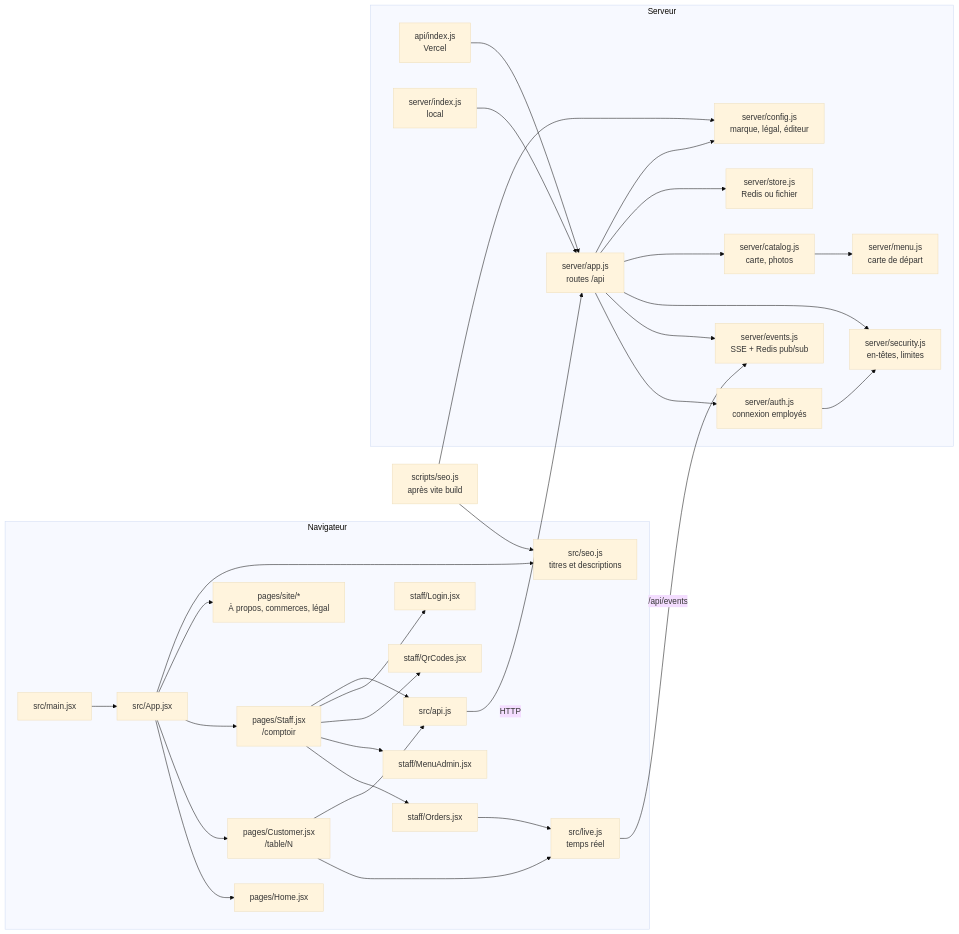
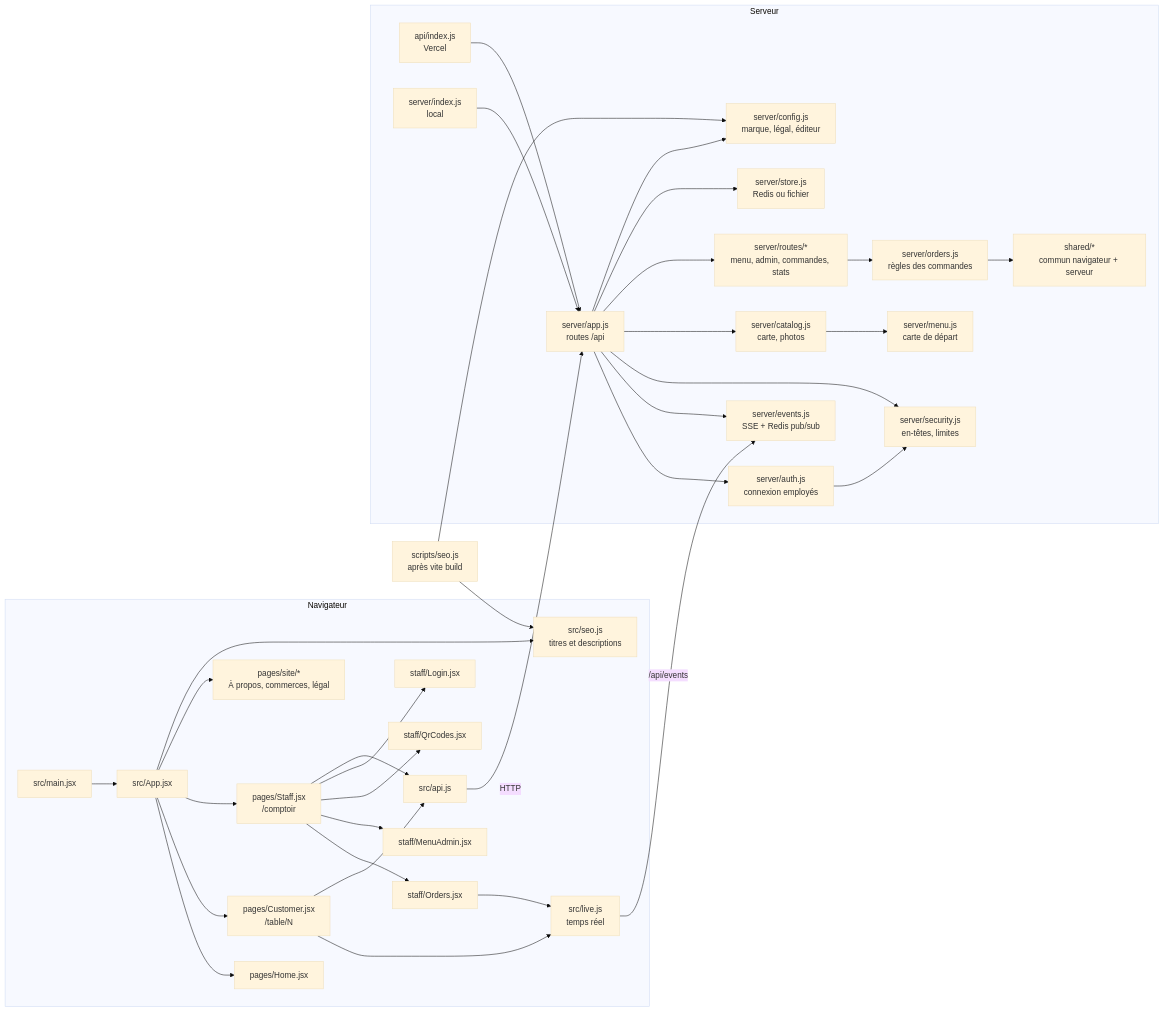
The diagram in docs/CARTE-DU-CODE.md (Bryamx26/forcado-app), drawn with Mermaid (base theme) before and after one commit. The commit also changed other lines of this file and 14 other files, not shown here.

````diff
--- a/docs/CARTE-DU-CODE.md
+++ b/docs/CARTE-DU-CODE.md
@@ -5,37 +5,40 @@
 ```mermaid
 graph LR
   subgraph Navigateur
     main[src/main.jsx] --> App[src/App.jsx]
     App --> Home[pages/Home.jsx]
     App --> Customer[pages/Customer.jsx<br/>/table/N]
     App --> Staff[pages/Staff.jsx<br/>/comptoir]
     App --> Site[pages/site/*<br/>À propos, commerces, légal]
     App --> seo[src/seo.js<br/>titres et descriptions]
     Staff --> Orders[staff/Orders.jsx]
     Staff --> MenuAdmin[staff/MenuAdmin.jsx]
     Staff --> QrCodes[staff/QrCodes.jsx]
     Staff --> Login[staff/Login.jsx]
     Customer --> live[src/live.js<br/>temps réel]
     Orders --> live
     Customer --> api[src/api.js]
     Staff --> api
   end
 
   subgraph Serveur
     vercel[api/index.js<br/>Vercel] --> app[server/app.js<br/>routes /api]
     local[server/index.js<br/>local] --> app
     app --> auth[server/auth.js<br/>connexion employés]
     app --> events[server/events.js<br/>SSE + Redis pub/sub]
     app --> security[server/security.js<br/>en-têtes, limites]
     auth --> security
     app --> catalog[server/catalog.js<br/>carte, photos]
     catalog --> menu[server/menu.js<br/>carte de départ]
+    app --> routes[server/routes/*<br/>menu, admin, commandes, stats]
+    routes --> orders[server/orders.js<br/>règles des commandes]
+    orders --> shared[shared/*<br/>commun navigateur + serveur]
     app --> store[server/store.js<br/>Redis ou fichier]
     app --> config[server/config.js<br/>marque, légal, éditeur]
   end
 
   api -- HTTP --> app
   live -- /api/events --> events
   build[scripts/seo.js<br/>après vite build] --> config
   build --> seo
 ```
````
